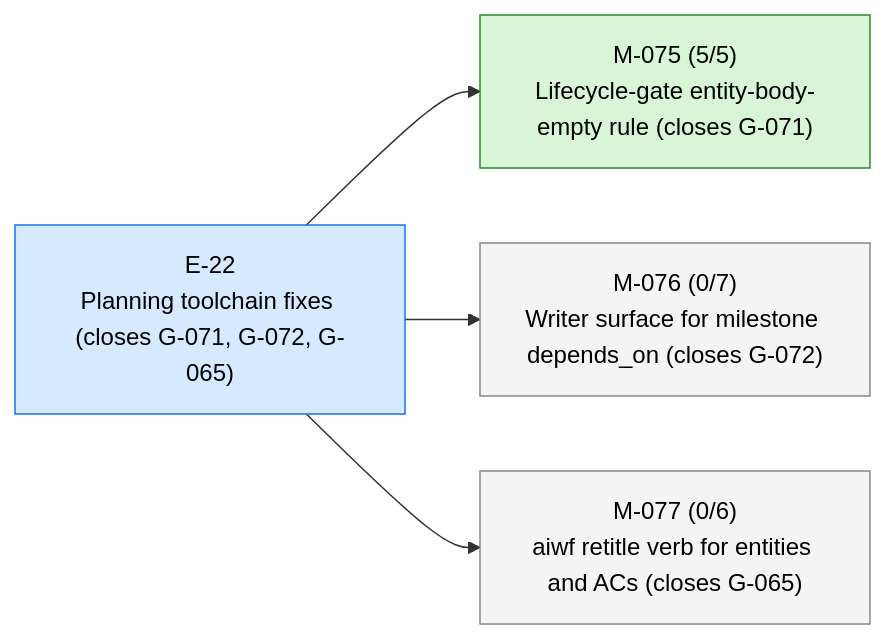
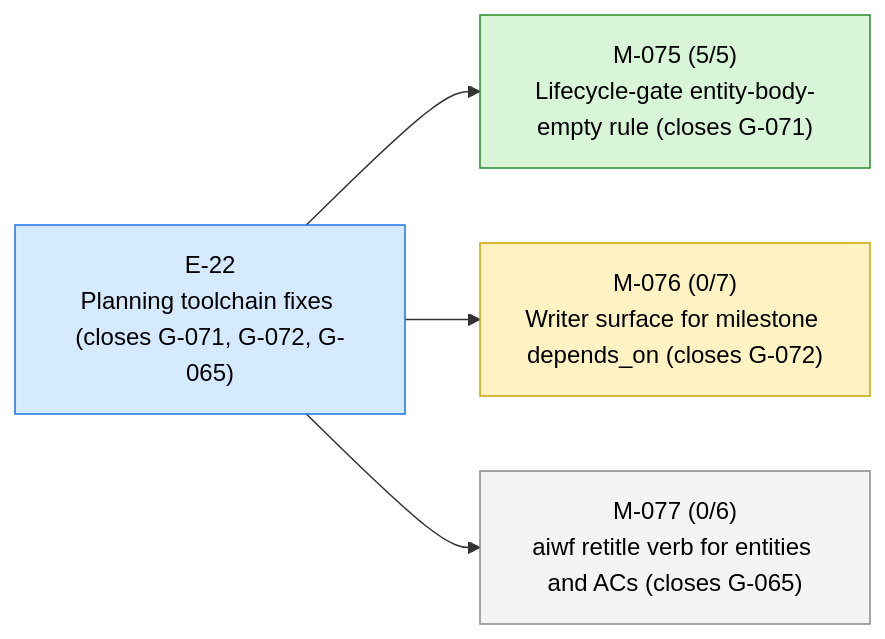
The first of 3 diagrams in STATUS.md (23min/aiwf), drawn with Mermaid before and after one commit. The commit also changed other lines of this file and 1 other file, not shown here.

First line of the commit message:
aiwf promote M-076 draft -> in_progress

````diff
--- a/STATUS.md
+++ b/STATUS.md
@@ -13,16 +13,16 @@
 ```mermaid
 flowchart LR
   E_22["E-22<br/>Planning toolchain fixes (closes G-071, G-072, G-065)"]:::epic_active
   M_075["M-075 (5/5)<br/>Lifecycle-gate entity-body-empty rule (closes G-071)"]:::ms_done
   E_22 --> M_075
-  M_076["M-076 (0/7)<br/>Writer surface for milestone depends_on (closes G-072)"]:::ms_draft
+  M_076["M-076 (0/7)<br/>Writer surface for milestone depends_on (closes G-072)"]:::ms_in_progress
   E_22 --> M_076
   M_077["M-077 (0/6)<br/>aiwf retitle verb for entities and ACs (closes G-065)"]:::ms_draft
   E_22 --> M_077
   classDef epic_active fill:#d6eaff,stroke:#1a73e8,color:#000
   classDef epic_proposed fill:#f4f4f4,stroke:#888,color:#000
   classDef ms_done fill:#d8f5d8,stroke:#2a8a2a,color:#000
   classDef ms_in_progress fill:#fff3c4,stroke:#caa400,color:#000
   classDef ms_draft fill:#f4f4f4,stroke:#888,color:#000
   classDef ms_cancelled fill:#fbeaea,stroke:#c33,color:#000
 ```
````
